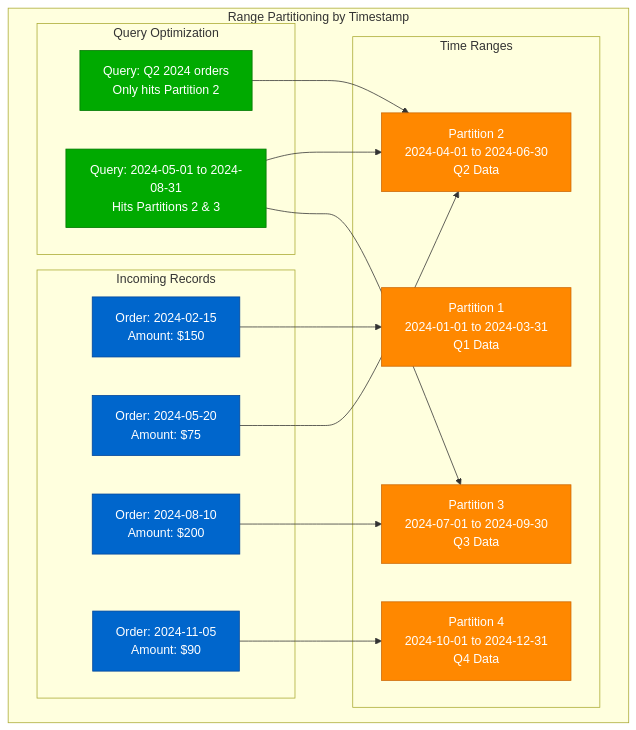
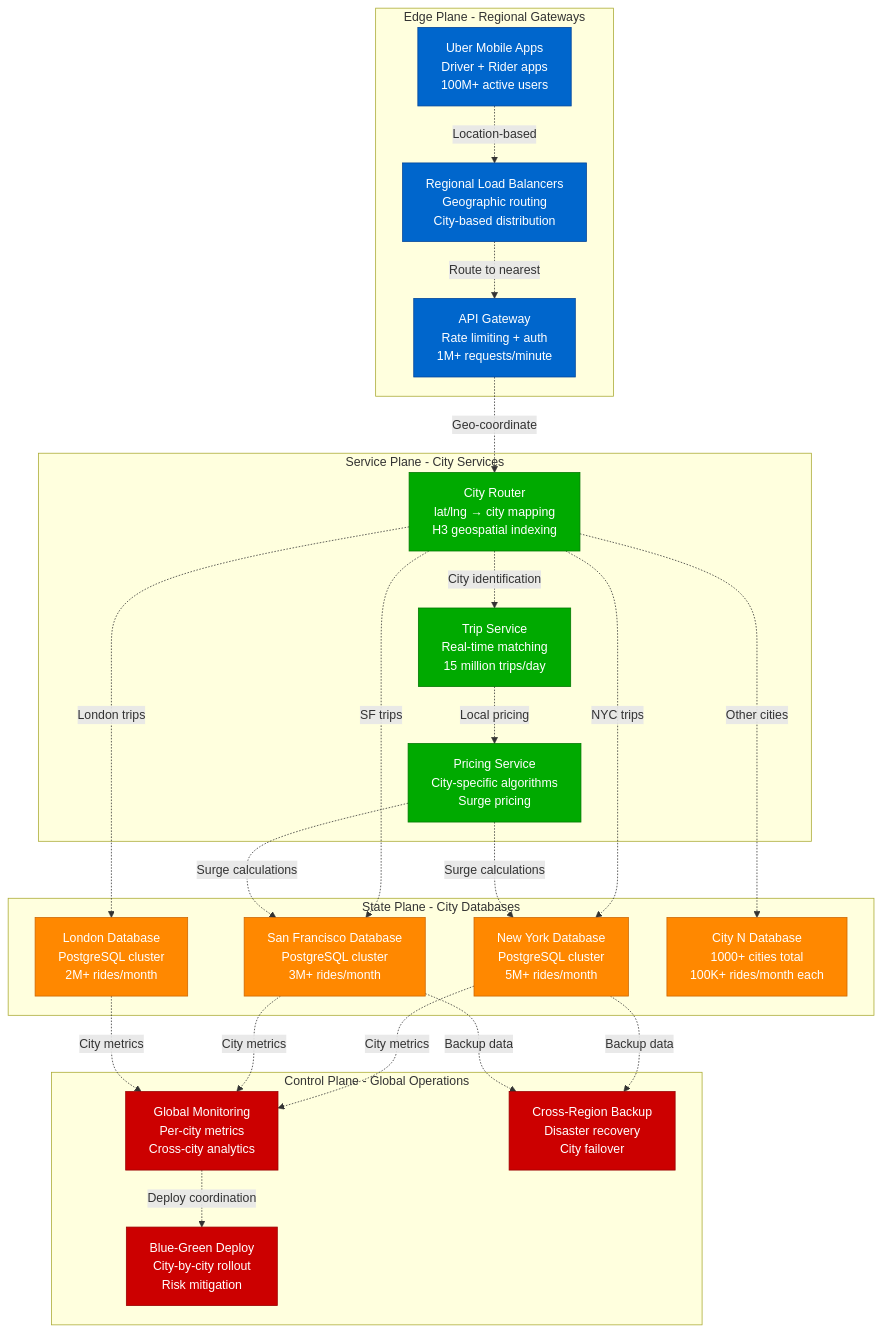
The third of 6 diagrams in site/docs/mechanisms/partitioning/partitioning-strategies.md (deepaucksharma/DS), drawn with Mermaid before and after one commit. The commit also changed other lines of this file and 42 other files, not shown here.

````diff
--- a/site/docs/mechanisms/partitioning/partitioning-strategies.md
+++ b/site/docs/mechanisms/partitioning/partitioning-strategies.md
@@ -146,42 +153,58 @@
 ```mermaid
 graph TB
-    subgraph "Range Partitioning by Timestamp"
-        subgraph "Time Ranges"
-            RANGE1[Partition 1<br/>2024-01-01 to 2024-03-31<br/>Q1 Data]
-            RANGE2[Partition 2<br/>2024-04-01 to 2024-06-30<br/>Q2 Data]
-            RANGE3[Partition 3<br/>2024-07-01 to 2024-09-30<br/>Q3 Data]
-            RANGE4[Partition 4<br/>2024-10-01 to 2024-12-31<br/>Q4 Data]
-        end
-
-        subgraph "Incoming Records"
-            REC1[Order: 2024-02-15<br/>Amount: $150]
-            REC2[Order: 2024-05-20<br/>Amount: $75]
-            REC3[Order: 2024-08-10<br/>Amount: $200]
-            REC4[Order: 2024-11-05<br/>Amount: $90]
-        end
-
-        subgraph "Query Optimization"
-            QUERY1[Query: Q2 2024 orders<br/>Only hits Partition 2]
-            QUERY2[Query: 2024-05-01 to 2024-08-31<br/>Hits Partitions 2 & 3]
-        end
+    subgraph EDGE["Edge Plane - Regional Gateways"]
+        MOBILE[Uber Mobile Apps<br/>Driver + Rider apps<br/>100M+ active users]
+        REGIONAL_LB[Regional Load Balancers<br/>Geographic routing<br/>City-based distribution]
+        API_GW[API Gateway<br/>Rate limiting + auth<br/>1M+ requests/minute]
     end
 
-    REC1 --> RANGE1
-    REC2 --> RANGE2
-    REC3 --> RANGE3
-    REC4 --> RANGE4
+    subgraph SERVICE["Service Plane - City Services"]
+        CITY_ROUTER[City Router<br/>lat/lng → city mapping<br/>H3 geospatial indexing]
+        TRIP_SVC[Trip Service<br/>Real-time matching<br/>15 million trips/day]
+        PRICING_SVC[Pricing Service<br/>City-specific algorithms<br/>Surge pricing]
+    end
 
-    QUERY1 --> RANGE2
-    QUERY2 --> RANGE2
-    QUERY2 --> RANGE3
+    subgraph STATE["State Plane - City Databases"]
+        NYC_DB[New York Database<br/>PostgreSQL cluster<br/>5M+ rides/month]
+        SF_DB[San Francisco Database<br/>PostgreSQL cluster<br/>3M+ rides/month]
+        LONDON_DB[London Database<br/>PostgreSQL cluster<br/>2M+ rides/month]
+        CITY_N_DB[City N Database<br/>1000+ cities total<br/>100K+ rides/month each]
+    end
 
-    %% Apply colors
-    classDef edgeStyle fill:#0066CC,stroke:#004499,color:#fff
-    classDef serviceStyle fill:#00AA00,stroke:#007700,color:#fff
-    classDef stateStyle fill:#FF8800,stroke:#CC6600,color:#fff
-    classDef controlStyle fill:#CC0000,stroke:#990000,color:#fff
+    subgraph CONTROL["Control Plane - Global Operations"]
+        MONITORING[Global Monitoring<br/>Per-city metrics<br/>Cross-city analytics]
+        DEPLOYMENT[Blue-Green Deploy<br/>City-by-city rollout<br/>Risk mitigation]
+        BACKUP[Cross-Region Backup<br/>Disaster recovery<br/>City failover]
+    end
 
-    class REC1,REC2,REC3,REC4 edgeStyle
-    class QUERY1,QUERY2 serviceStyle
-    class RANGE1,RANGE2,RANGE3,RANGE4 stateStyle
+    MOBILE -.->|"Location-based"| REGIONAL_LB
+    REGIONAL_LB -.->|"Route to nearest"| API_GW
+    API_GW -.->|"Geo-coordinate"| CITY_ROUTER
+    CITY_ROUTER -.->|"City identification"| TRIP_SVC
+    TRIP_SVC -.->|"Local pricing"| PRICING_SVC
+
+    CITY_ROUTER -.->|"NYC trips"| NYC_DB
+    CITY_ROUTER -.->|"SF trips"| SF_DB
+    CITY_ROUTER -.->|"London trips"| LONDON_DB
+    CITY_ROUTER -.->|"Other cities"| CITY_N_DB
+    PRICING_SVC -.->|"Surge calculations"| NYC_DB
+    PRICING_SVC -.->|"Surge calculations"| SF_DB
+
+    NYC_DB -.->|"City metrics"| MONITORING
+    SF_DB -.->|"City metrics"| MONITORING
+    LONDON_DB -.->|"City metrics"| MONITORING
+    MONITORING -.->|"Deploy coordination"| DEPLOYMENT
+    NYC_DB -.->|"Backup data"| BACKUP
+    SF_DB -.->|"Backup data"| BACKUP
+
+    %% Production 4-plane colors
+    classDef edge fill:#0066CC,stroke:#004499,color:#fff
+    classDef service fill:#00AA00,stroke:#007700,color:#fff
+    classDef state fill:#FF8800,stroke:#CC6600,color:#fff
+    classDef control fill:#CC0000,stroke:#990000,color:#fff
+
+    class MOBILE,REGIONAL_LB,API_GW edge
+    class CITY_ROUTER,TRIP_SVC,PRICING_SVC service
+    class NYC_DB,SF_DB,LONDON_DB,CITY_N_DB state
+    class MONITORING,DEPLOYMENT,BACKUP control
 ```
````
